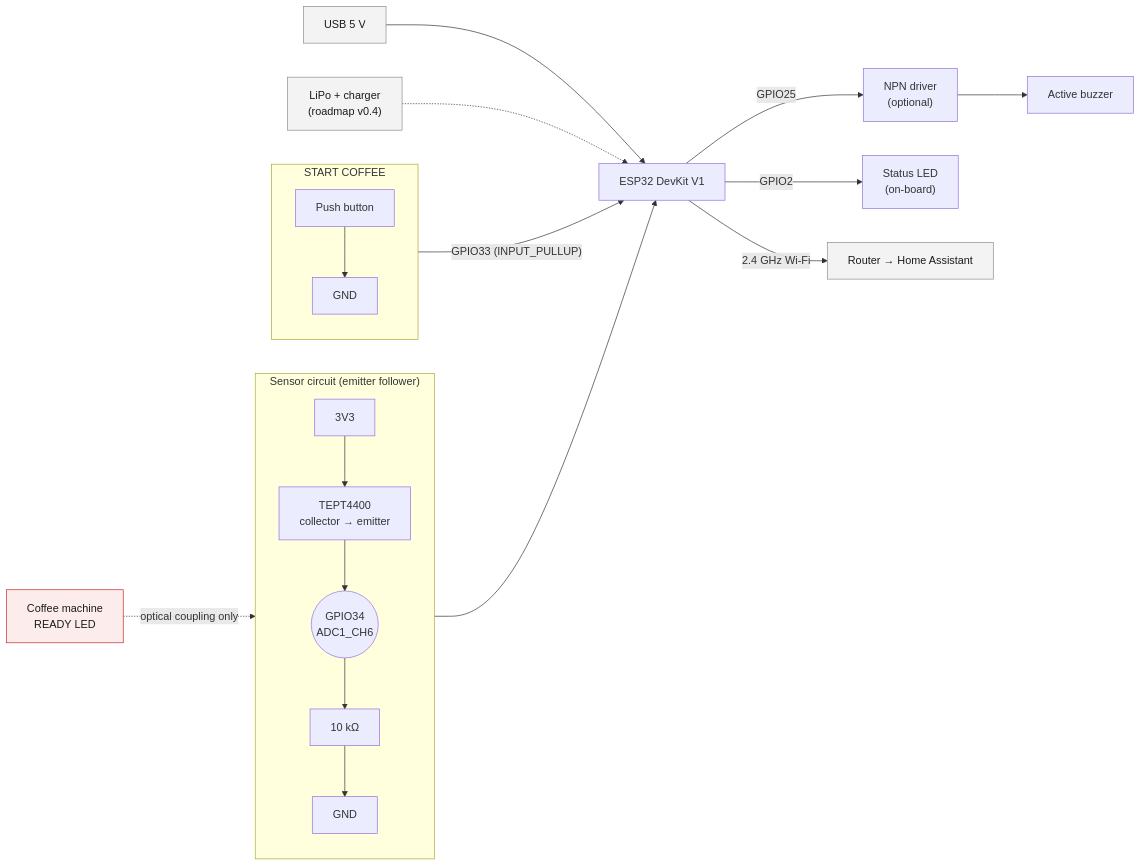
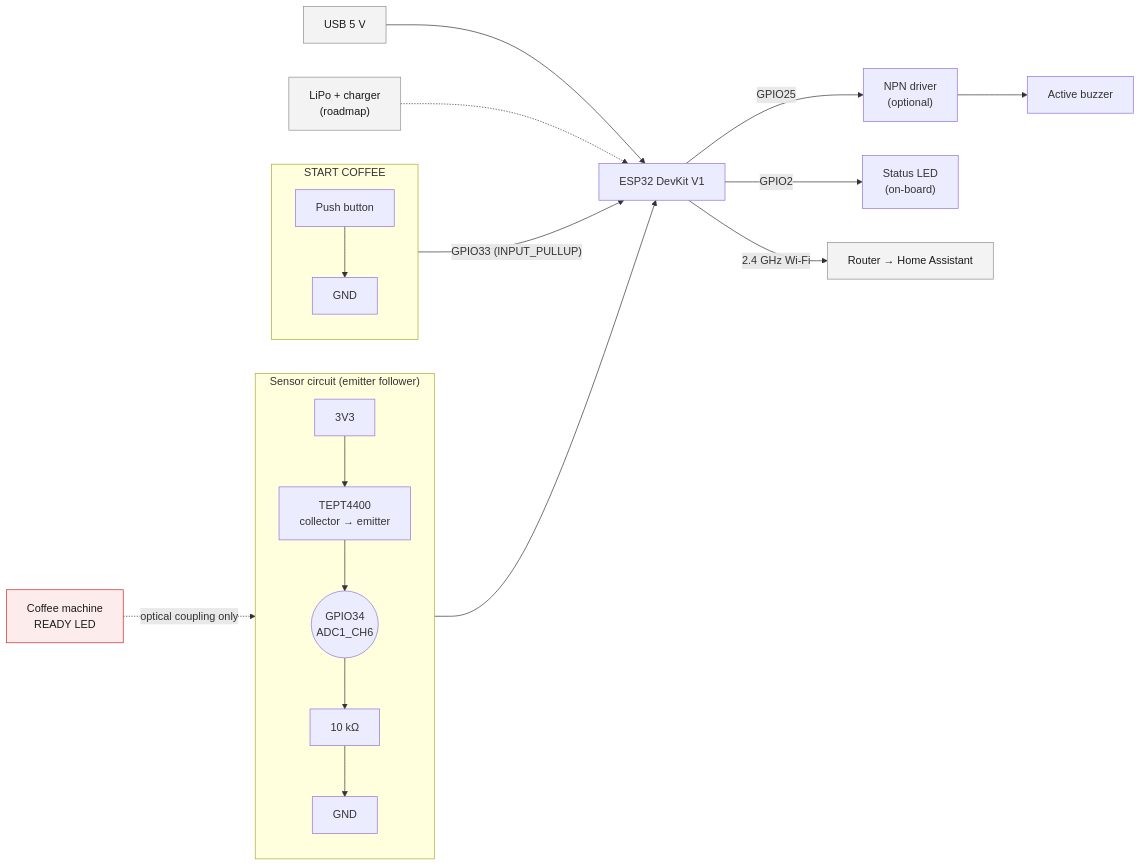
The diagram in docs/diagrams/hardware-flow.mmd (Amad3eu/coffeereadyindicator), drawn with Mermaid before and after one commit. The commit also changed 11 other files, not shown here.

First line of the commit message:
docs(roadmap): document the internal coffee platform vision

```diff
--- a/docs/diagrams/hardware-flow.mmd
+++ b/docs/diagrams/hardware-flow.mmd
@@ -1,30 +1,30 @@
 %% Hardware signal flow and wiring overview (docs/hardware/wiring.md).
 flowchart LR
     MACHINE["Coffee machine<br/>READY LED"] -. "optical coupling only" .-> PT
 
     subgraph sensor["Sensor circuit (emitter follower)"]
         direction TB
         V33["3V3"] --> PT["TEPT4400<br/>collector → emitter"]
         PT --> NODE(("GPIO34<br/>ADC1_CH6"))
         NODE --> R1["10 kΩ"] --> GND1["GND"]
     end
 
     subgraph button["START COFFEE"]
         direction TB
         BTN["Push button"] --> GND2["GND"]
     end
 
     NODE --> ESP["ESP32 DevKit V1"]
     BTN -- "GPIO33 (INPUT_PULLUP)" --> ESP
 
     ESP -- "GPIO25" --> DRV["NPN driver<br/>(optional)"] --> BUZZER["Active buzzer"]
     ESP -- "GPIO2" --> LED["Status LED<br/>(on-board)"]
     ESP -- "2.4 GHz Wi-Fi" --> ROUTER["Router → Home Assistant"]
 
     USB["USB 5 V"] --> ESP
-    BATTERY["LiPo + charger<br/>(roadmap v0.4)"] -.-> ESP
+    BATTERY["LiPo + charger<br/>(roadmap)"] -.-> ESP
 
     classDef ext fill:#f3f3f3,stroke:#8d8d8d,color:#1b1b1b;
     classDef warn fill:#fdecec,stroke:#c62828,color:#1b1b1b;
     class MACHINE warn;
     class ROUTER,USB,BATTERY ext;
```
